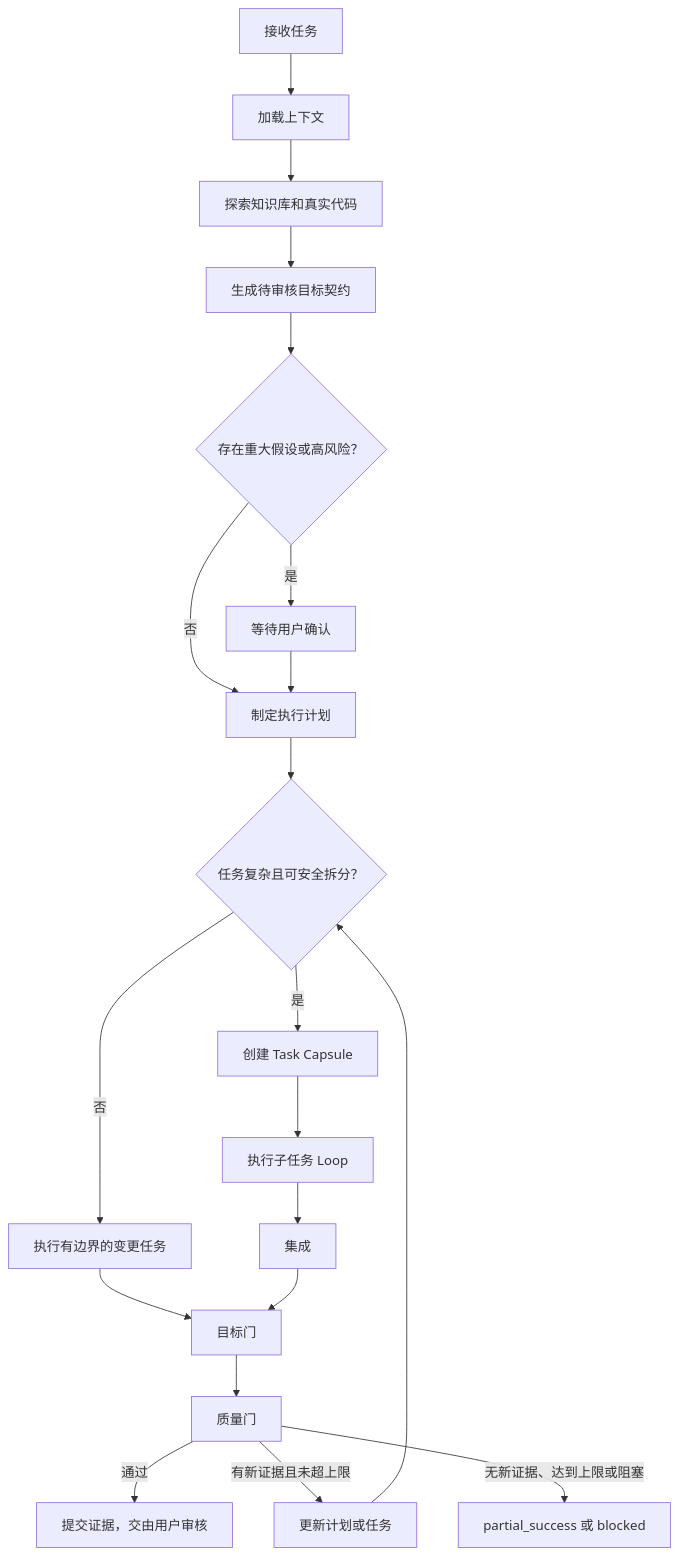
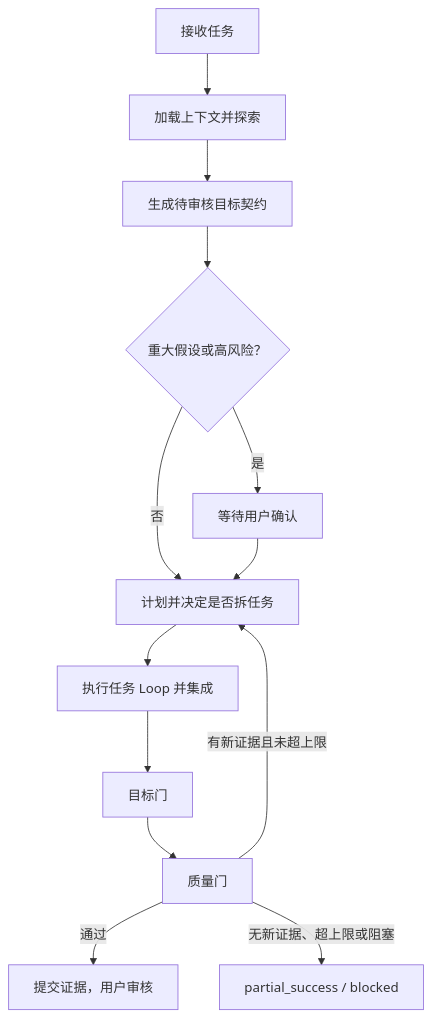
Before and after one commit to titus12/nexus-agents: the diagram in docs/superpowers/specs/2026-07-15-go-feature-workflow-unification-design.md, drawn with Mermaid. The commit also changed other lines of this file, not shown here.

````diff
--- a/docs/superpowers/specs/2026-07-15-go-feature-workflow-unification-design.md
+++ b/docs/superpowers/specs/2026-07-15-go-feature-workflow-unification-design.md
@@ -143,22 +41,15 @@
 ```mermaid
 flowchart TD
-    A["接收任务"] --> B["加载上下文"]
-    B --> C["探索知识库和真实代码"]
-    C --> D["生成待审核目标契约"]
-    D --> E{"存在重大假设或高风险？"}
-    E -->|是| F["等待用户确认"]
-    E -->|否| G["制定执行计划"]
-    F --> G
-    G --> H{"任务复杂且可安全拆分？"}
-    H -->|否| I["执行有边界的变更任务"]
-    H -->|是| J["创建 Task Capsule"]
-    J --> K["执行子任务 Loop"]
-    K --> L["集成"]
-    I --> M["目标门"]
-    L --> M
-    M --> N["质量门"]
-    N -->|通过| O["提交证据，交由用户审核"]
-    N -->|有新证据且未超上限| P["更新计划或任务"]
-    P --> H
-    N -->|无新证据、达到上限或阻塞| Q["partial_success 或 blocked"]
+    A["接收任务"] --> B["加载上下文并探索"]
+    B --> C["生成待审核目标契约"]
+    C --> D{"重大假设或高风险？"}
+    D -->|是| E["等待用户确认"]
+    D -->|否| F["计划并决定是否拆任务"]
+    E --> F
+    F --> G["执行任务 Loop 并集成"]
+    G --> H["目标门"]
+    H --> I["质量门"]
+    I -->|通过| J["提交证据，用户审核"]
+    I -->|有新证据且未超上限| F
+    I -->|无新证据、超上限或阻塞| K["partial_success / blocked"]
 ```
````
